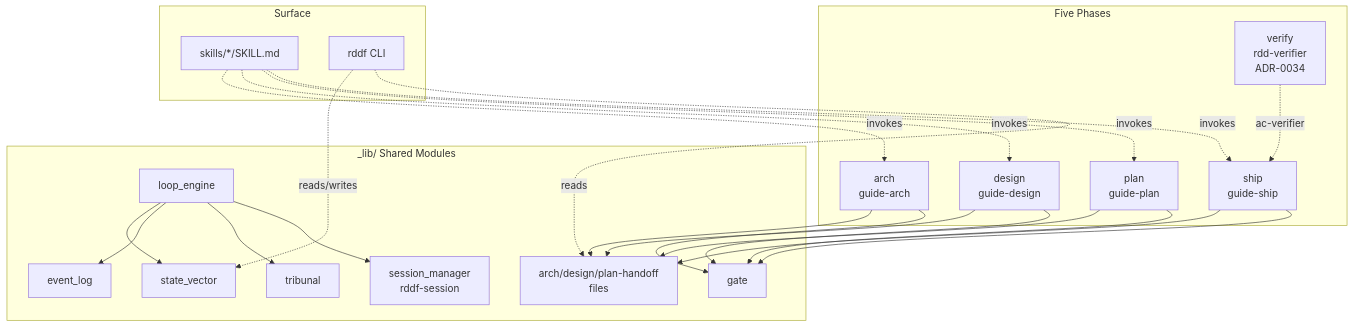
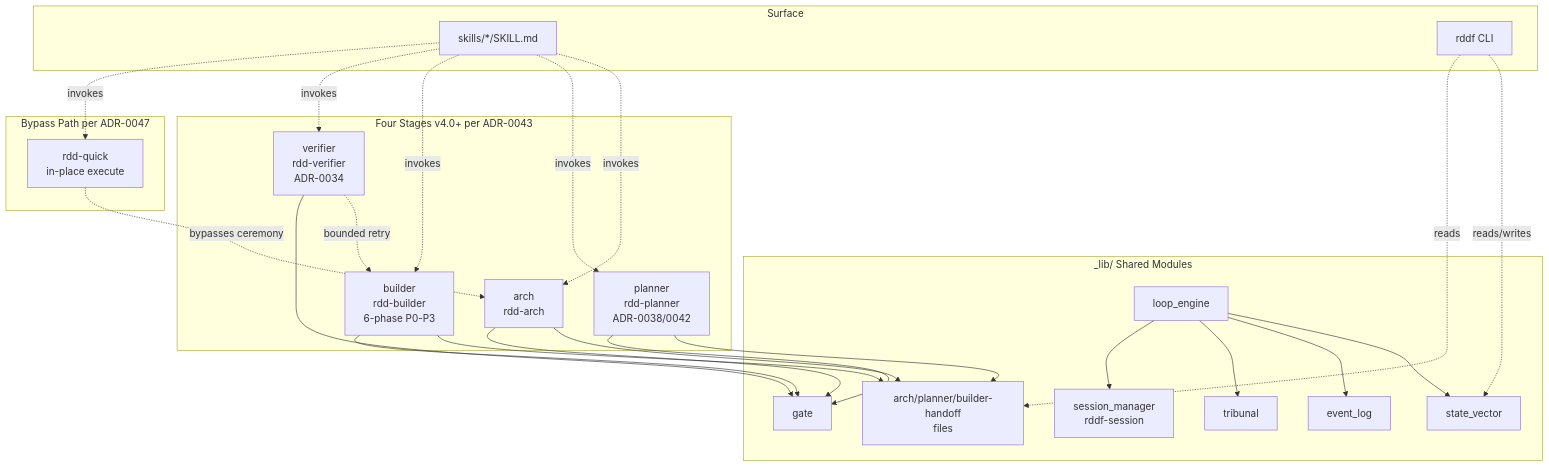
One commit to chisuhua/rdd-workflow changed the diagram in docs/architecture/overview.md. Above: the diagram before and after it, drawn with Mermaid. The commit also changed other lines of this file and 12 other files, not shown here.

````diff
--- a/docs/architecture/overview.md
+++ b/docs/architecture/overview.md
@@ -14,45 +14,49 @@
 ```mermaid
 graph TB
-    subgraph Phases[Five Phases]
-    A[arch<br/>guide-arch]
-    D[design<br/>guide-design]
-    P[plan<br/>guide-plan]
-    S[ship<br/>guide-ship]
-    V[verify<br/>rdd-verifier<br/>ADR-0034]
+    subgraph Stages[Four Stages v4.0+ per ADR-0043]
+    A[arch<br/>rdd-arch]
+    P[planner<br/>rdd-planner<br/>ADR-0038/0042]
+    B[builder<br/>rdd-builder<br/>6-phase P0-P3]
+    V[verifier<br/>rdd-verifier<br/>ADR-0034]
+    end
+
+    subgraph Bypass[Bypass Path per ADR-0047]
+    Q[rdd-quick<br/>in-place execute]
     end
 
     subgraph Lib[_lib/ Shared Modules]
     SV[state_vector]
     EL[event_log]
-    HO[arch/design/plan-handoff<br/>files]
+    HO[arch/planner/builder-handoff<br/>files]
     GT[gate]
     TR[tribunal]
     LO[loop_engine]
     SE[session_manager<br/>rddf-session]
     end
 
     subgraph Surface[Surface]
     SK[skills/*/SKILL.md]
     CLI[rddf CLI]
     end
 
     A --> HO
-    D --> HO
     P --> HO
-    S --> HO
-    V -. ac-verifier .-> S
+    B --> HO
+    V -. bounded retry .-> B
+    Q -. bypasses ceremony .-> A
     A --> GT
-    D --> GT
     P --> GT
-    S --> GT
+    B --> GT
+    V --> GT
     LO --> SV
     LO --> EL
     LO --> TR
     LO --> SE
     SK -. invokes .-> A
-    SK -. invokes .-> D
     SK -. invokes .-> P
-    SK -. invokes .-> S
+    SK -. invokes .-> B
+    SK -. invokes .-> V
+    SK -. invokes .-> Q
     CLI -. reads/writes .-> SV
     CLI -. reads .-> HO
 ```
````
